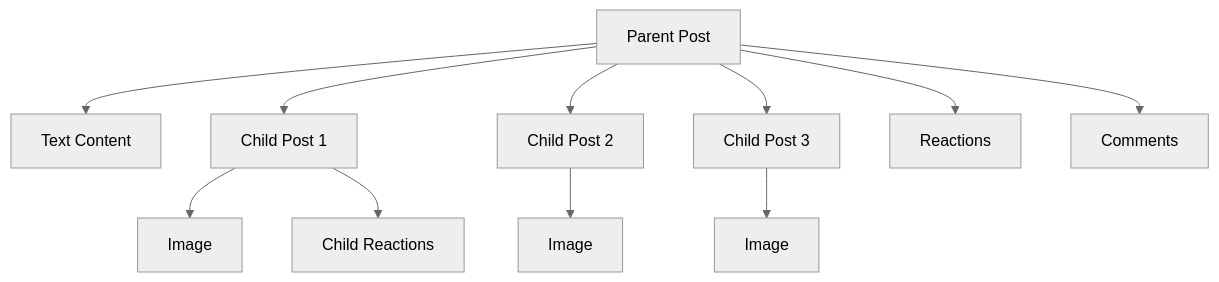
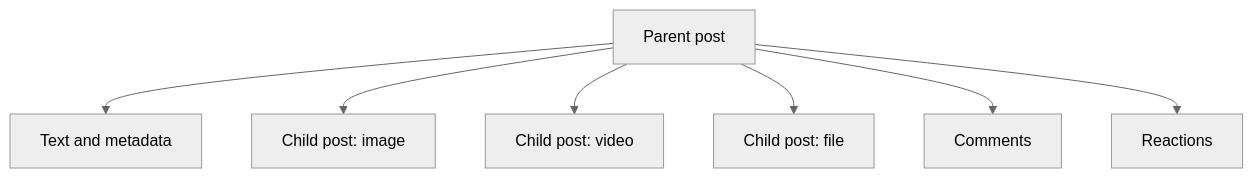
The diagram in social-plus-sdk/social/content-management/posts/overview.mdx (AmityCo/social-plus-docs), drawn with Mermaid (neutral theme) before and after one commit. The commit also changed other lines of this file and 17 other files, not shown here.

````diff
--- a/social-plus-sdk/social/content-management/posts/overview.mdx
+++ b/social-plus-sdk/social/content-management/posts/overview.mdx
@@ -71,13 +45,9 @@
 ```mermaid
 graph TD
-    A[Parent Post] --> B[Text Content]
-    A --> C[Child Post 1]
-    A --> D[Child Post 2]
-    A --> E[Child Post 3]
-    C --> F[Image]
-    D --> G[Image]
-    E --> H[Image]
-    A --> I[Reactions]
-    A --> J[Comments]
-    C --> K[Child Reactions]
+    A["Parent post"] --> B["Text and metadata"]
+    A --> C["Child post: image"]
+    A --> D["Child post: video"]
+    A --> E["Child post: file"]
+    A --> F["Comments"]
+    A --> G["Reactions"]
 ```
````
